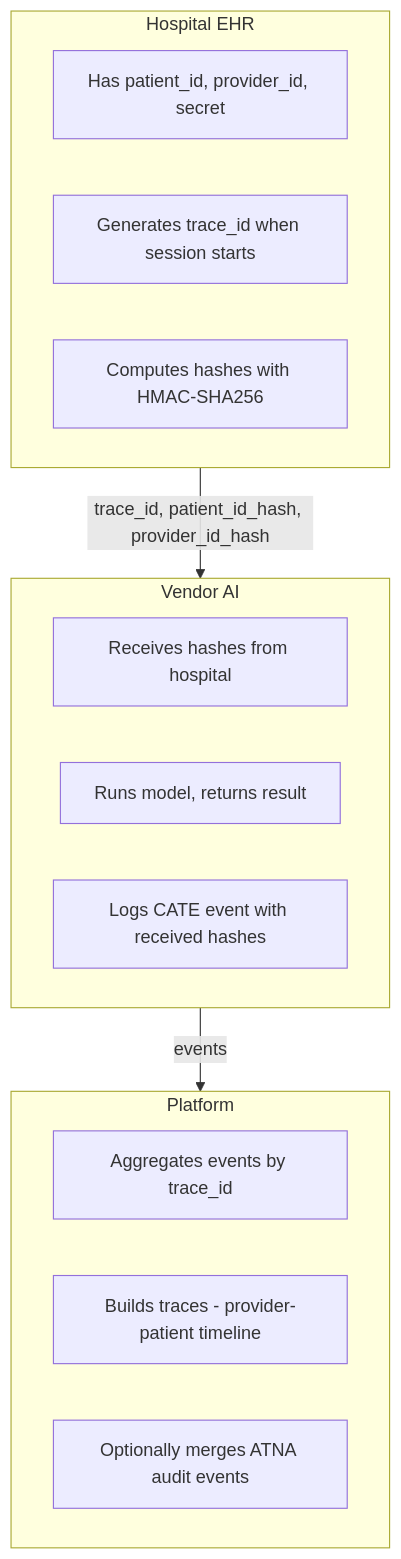
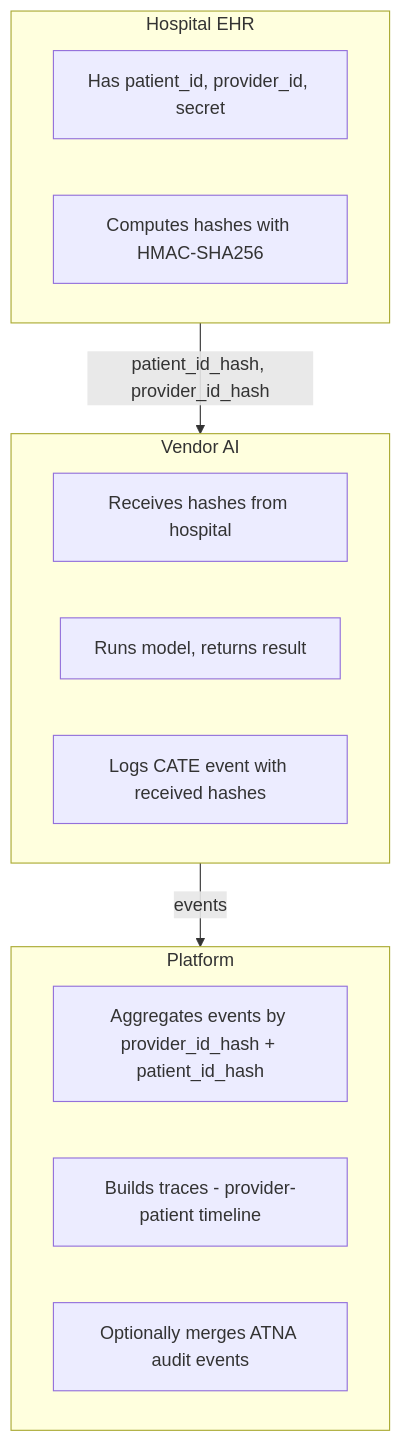
One commit to rahul7932/CATE changed the diagram in README.md. Above: the diagram before and after it, drawn with Mermaid. The commit also changed other lines of this file and 10 other files, not shown here.

````diff
--- a/README.md
+++ b/README.md
@@ -132,23 +125,22 @@
 ```mermaid
 flowchart TB
     subgraph Hospital [Hospital EHR]
         H1[Has patient_id, provider_id, secret]
-        H2[Generates trace_id when session starts]
-        H3[Computes hashes with HMAC-SHA256]
+        H2[Computes hashes with HMAC-SHA256]
     end
 
     subgraph Vendor [Vendor AI]
         V1[Receives hashes from hospital]
         V2[Runs model, returns result]
         V3[Logs CATE event with received hashes]
     end
 
     subgraph Platform [Platform]
-        P1[Aggregates events by trace_id]
+        P1[Aggregates events by provider_id_hash + patient_id_hash]
         P2[Builds traces - provider-patient timeline]
         P3[Optionally merges ATNA audit events]
     end
 
-    Hospital -->|trace_id, patient_id_hash, provider_id_hash| Vendor
+    Hospital -->|patient_id_hash, provider_id_hash| Vendor
     Vendor -->|events| Platform
 ```
````
